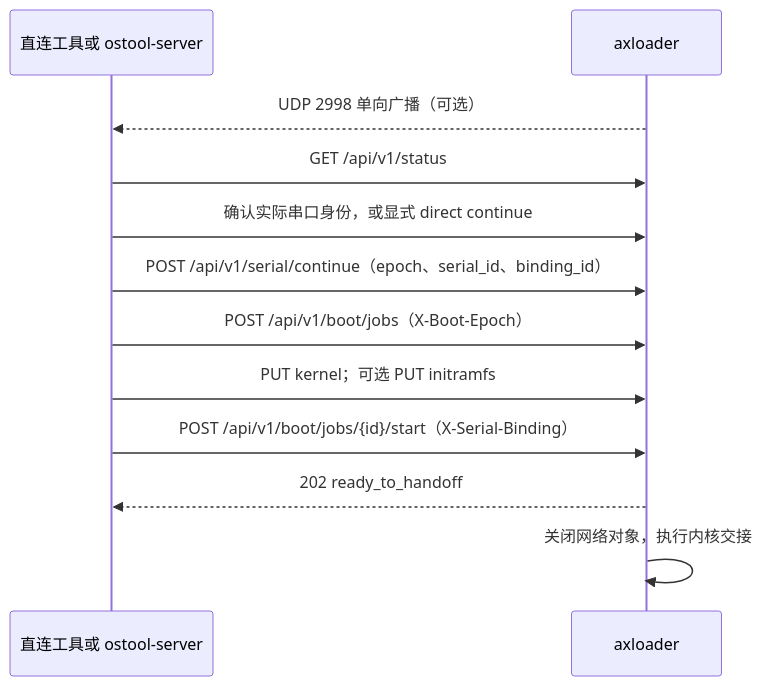
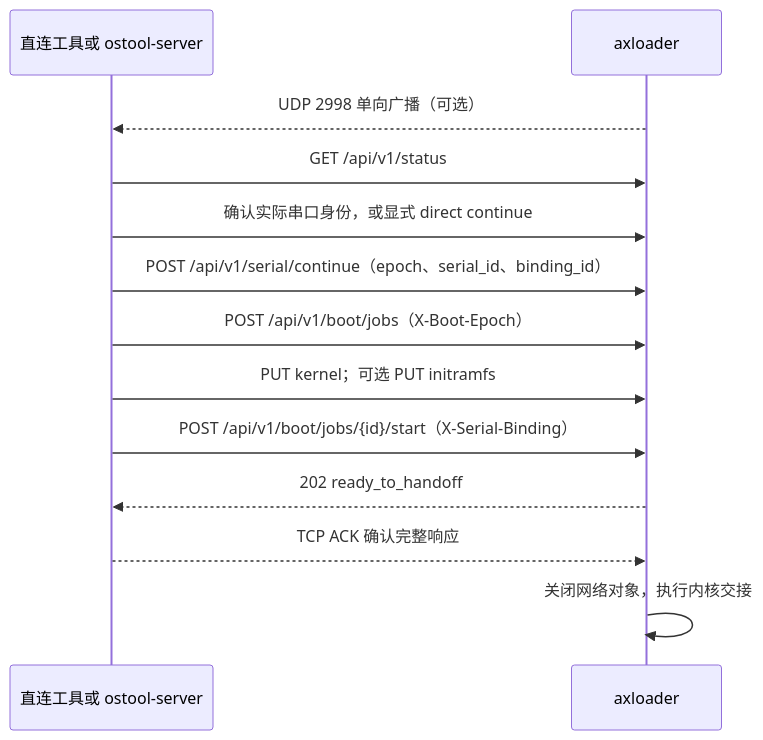
The first of 2 diagrams in bootloader/axloader/README.md (rcore-os/tgoskits), drawn with Mermaid before and after one commit. The commit also changed other lines of this file and 92 other files, not shown here.

````diff
--- a/bootloader/axloader/README.md
+++ b/bootloader/axloader/README.md
@@ -79,14 +95,15 @@
 ```mermaid
 sequenceDiagram
     participant C as 直连工具或 ostool-server
     participant L as axloader
     L-->>C: UDP 2998 单向广播（可选）
     C->>L: GET /api/v1/status
     C->>L: 确认实际串口身份，或显式 direct continue
     C->>L: POST /api/v1/serial/continue（epoch、serial_id、binding_id）
     C->>L: POST /api/v1/boot/jobs（X-Boot-Epoch）
     C->>L: PUT kernel；可选 PUT initramfs
     C->>L: POST /api/v1/boot/jobs/{id}/start（X-Serial-Binding）
     L-->>C: 202 ready_to_handoff
+    C-->>L: TCP ACK 确认完整响应
     L->>L: 关闭网络对象，执行内核交接
 ```
````
